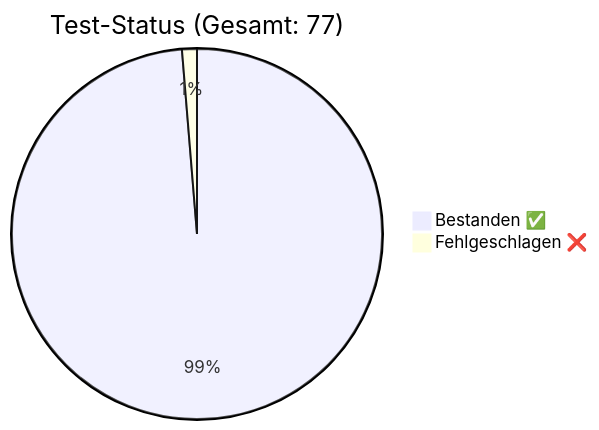
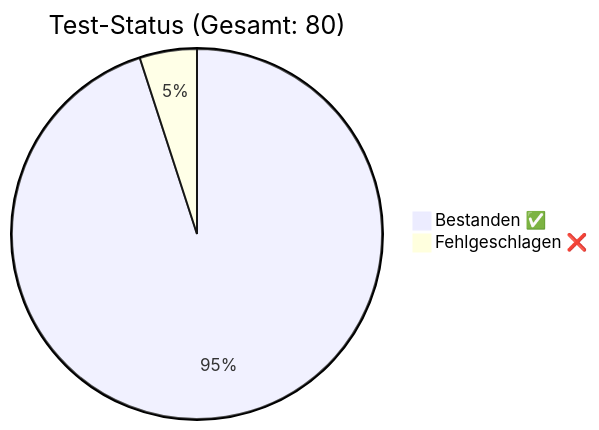
The diagram in docs/QA_Report.md (rorila/GCS), drawn with Mermaid before and after one commit. The commit also changed other lines of this file and 17 other files, not shown here.

````diff
--- a/docs/QA_Report.md
+++ b/docs/QA_Report.md
@@ -7,5 +7,5 @@
 ```mermaid
-pie title Test-Status (Gesamt: 77)
+pie title Test-Status (Gesamt: 80)
     "Bestanden ✅" : 76
-    "Fehlgeschlagen ❌" : 1
+    "Fehlgeschlagen ❌" : 4
 ```
````
